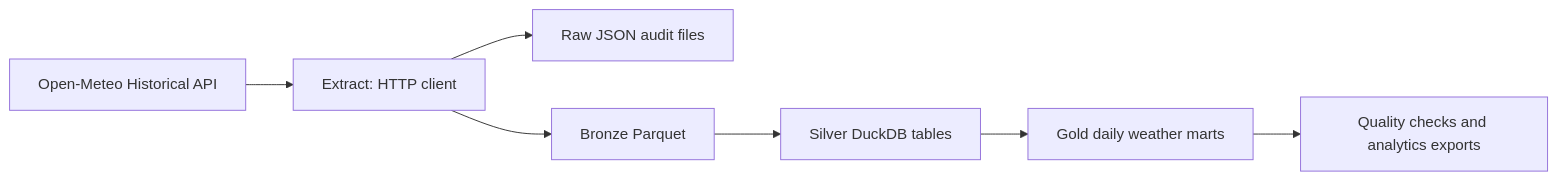
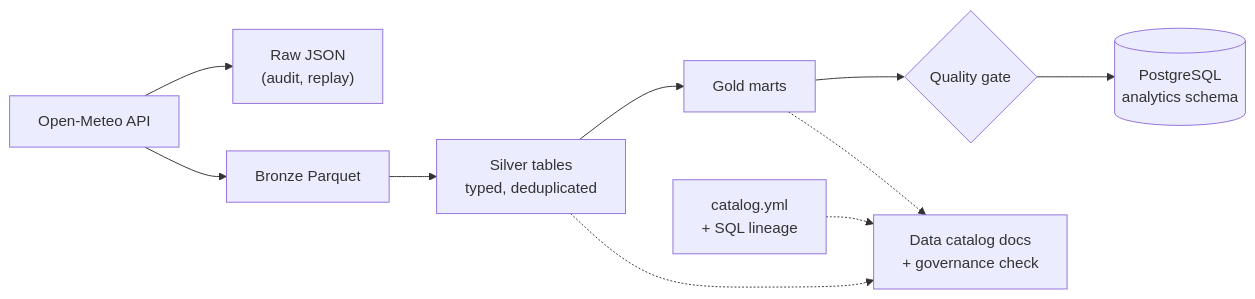
The first of 2 diagrams in README.md (quizdany/data-engineering-portfolio), drawn with Mermaid before and after one commit. The commit also changed other lines of this file and 12 other files, not shown here.

First line of the commit message:
Add data catalog, lineage, quality history and PostgreSQL serving layer

````diff
--- a/README.md
+++ b/README.md
@@ -18,9 +21,12 @@
 ```mermaid
 flowchart LR
-    A["Open-Meteo Historical API"] --> B["Extract: HTTP client"]
-    B --> C["Raw JSON audit files"]
-    B --> D["Bronze Parquet"]
-    D --> E["Silver DuckDB tables"]
-    E --> F["Gold daily weather marts"]
-    F --> G["Quality checks and analytics exports"]
+    A["Open-Meteo API"] --> B["Raw JSON<br/>(audit, replay)"]
+    A --> C["Bronze Parquet"]
+    C --> D["Silver tables<br/>typed, deduplicated"]
+    D --> E["Gold marts"]
+    E --> F{"Quality gate"}
+    F --> G[("PostgreSQL<br/>analytics schema")]
+    H["catalog.yml<br/>+ SQL lineage"] -.-> I["Data catalog docs<br/>+ governance check"]
+    D -.-> I
+    E -.-> I
 ```
````
